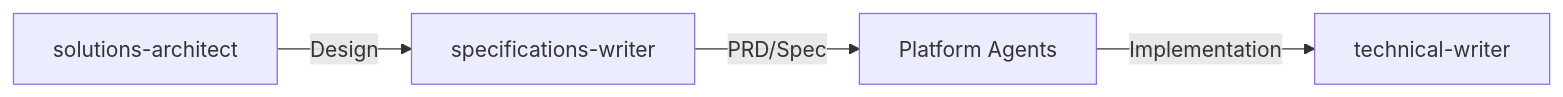
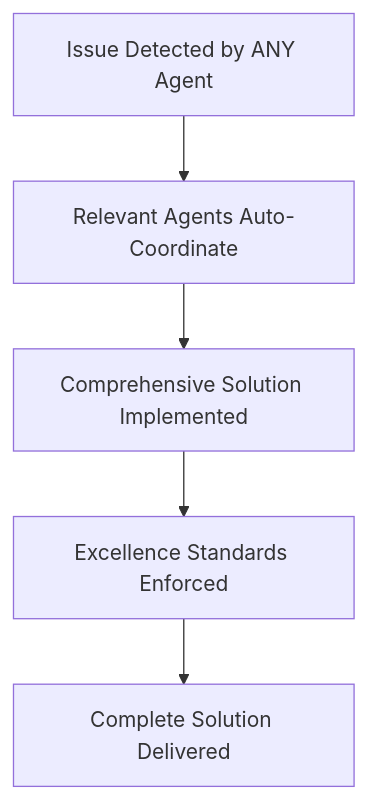
Before and after one commit to mudspot/prometheus-agents: the first of 3 diagrams in README.md, drawn with Mermaid. The commit also changed other lines of this file and 44 other files, not shown here.

````diff
--- a/README.md
+++ b/README.md
@@ -166,6 +210,7 @@
 ```mermaid
-graph LR
-    A[solutions-architect] -->|Design| B[specifications-writer]
-    B -->|PRD/Spec| C[Platform Agents]
-    C -->|Implementation| D[technical-writer]
+graph TD
+    A[Issue Detected by ANY Agent] --> B[Relevant Agents Auto-Coordinate]
+    B --> C[Comprehensive Solution Implemented]
+    C --> D[Excellence Standards Enforced]
+    D --> E[Complete Solution Delivered]
 ```
````
